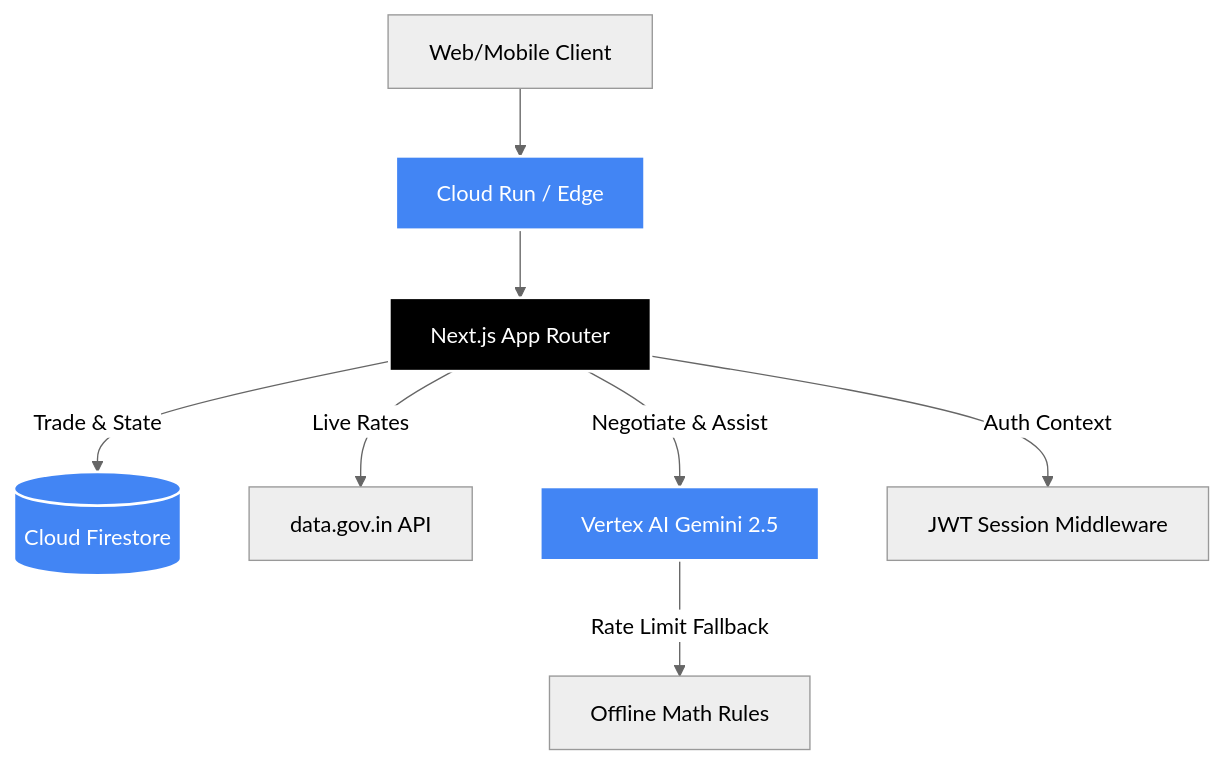
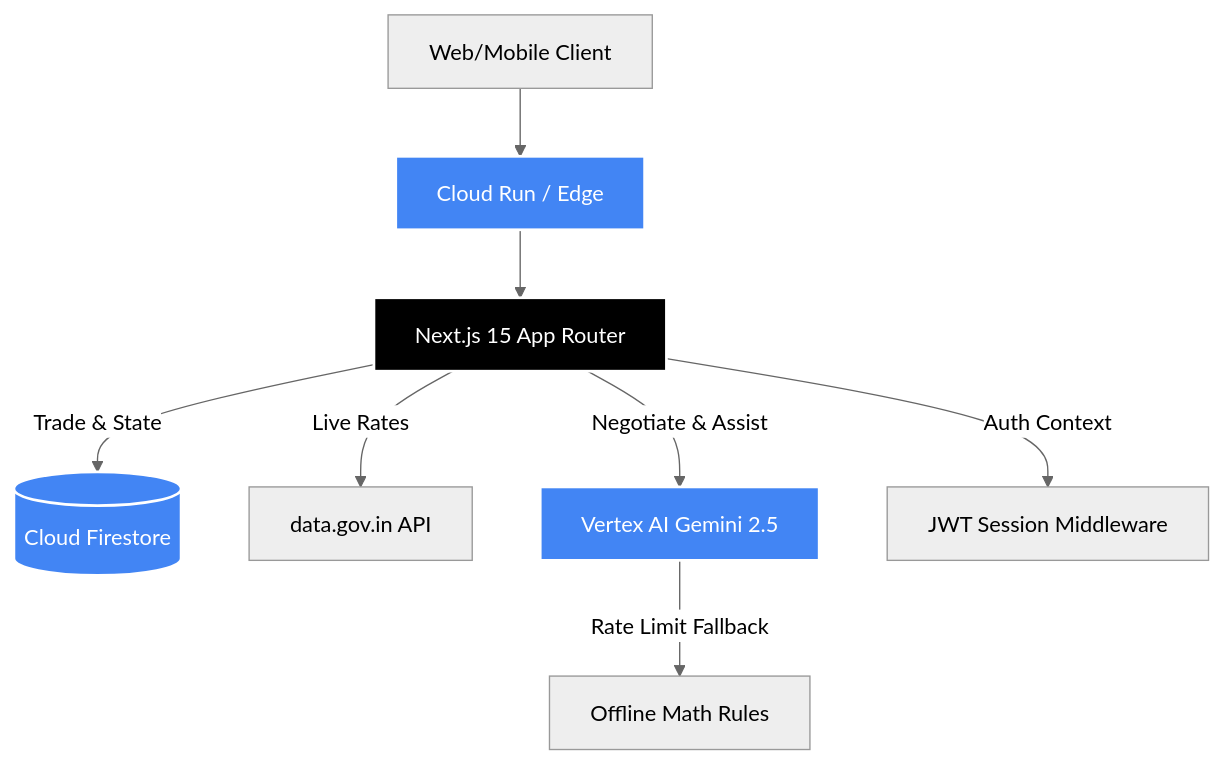
Before and after one commit to sumitsaraswat362/Annapurna-Marketplace: the diagram in README.md, drawn with Mermaid (neutral theme). The commit also changed other lines of this file, not shown here.

````diff
--- a/README.md
+++ b/README.md
@@ -73,18 +86,18 @@
 ```mermaid
 graph TD
     Client[Web/Mobile Client] --> CDN[Cloud Run / Edge]
-    CDN --> NextJS[Next.js App Router]
+    CDN --> NextJS[Next.js 15 App Router]
     
     NextJS --> |Trade & State| Firestore[(Cloud Firestore)]
     NextJS --> |Live Rates| MandiAPI[data.gov.in API]
     
     NextJS --> |Negotiate & Assist| Vertex[Vertex AI Gemini 2.5]
     Vertex --> |Rate Limit Fallback| LocalEngine[Offline Math Rules]
     
     NextJS --> |Auth Context| JWT[JWT Session Middleware]
     
     classDef gcp fill:#4285F4,stroke:#fff,stroke-width:2px,color:#fff;
     classDef next fill:#000,stroke:#fff,stroke-width:2px,color:#fff;
     class Vertex,Firestore,CDN gcp;
     class NextJS next;
 ```
````
